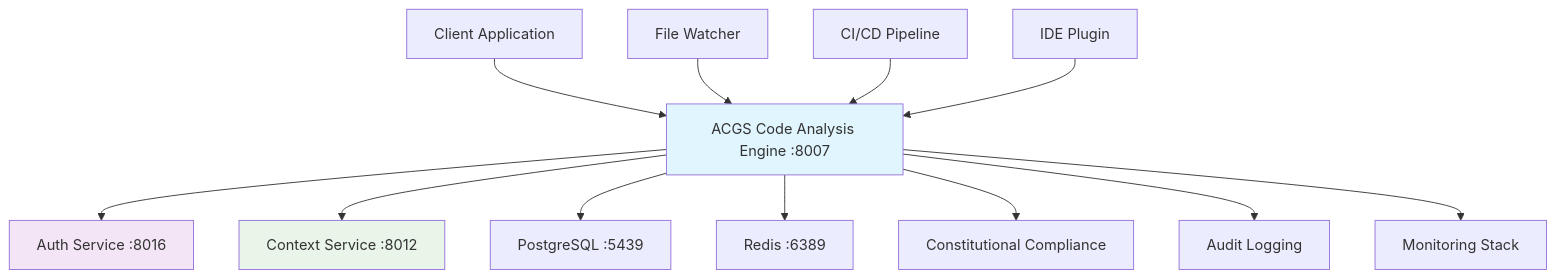
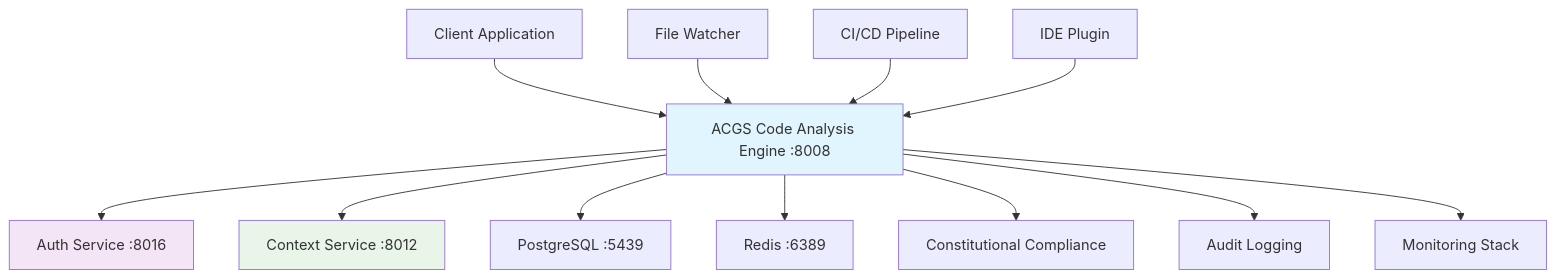
One commit to CA-git-com-co/ACGS changed the diagram in docs/integration/ACGS_CODE_ANALYSIS_ENGINE_INTEGRATION_GUIDE.md. Above: the diagram before and after it, drawn with Mermaid. The commit also changed 880 other files, not shown here.

````diff
--- a/docs/integration/ACGS_CODE_ANALYSIS_ENGINE_INTEGRATION_GUIDE.md
+++ b/docs/integration/ACGS_CODE_ANALYSIS_ENGINE_INTEGRATION_GUIDE.md
@@ -11,20 +11,20 @@
 ```mermaid
 graph TD
-    A[Client Application] --> B[ACGS Code Analysis Engine :8007]
+    A[Client Application] --> B[ACGS Code Analysis Engine :8008]
     B --> C[Auth Service :8016]
     B --> D[Context Service :8012]
     B --> E[PostgreSQL :5439]
     B --> F[Redis :6389]
 
     G[File Watcher] --> B
     H[CI/CD Pipeline] --> B
     I[IDE Plugin] --> B
 
     B --> J[Constitutional Compliance]
     B --> K[Audit Logging]
     B --> L[Monitoring Stack]
 
     style B fill:#e1f5fe
     style C fill:#f3e5f5
     style D fill:#e8f5e8
 ```
````
